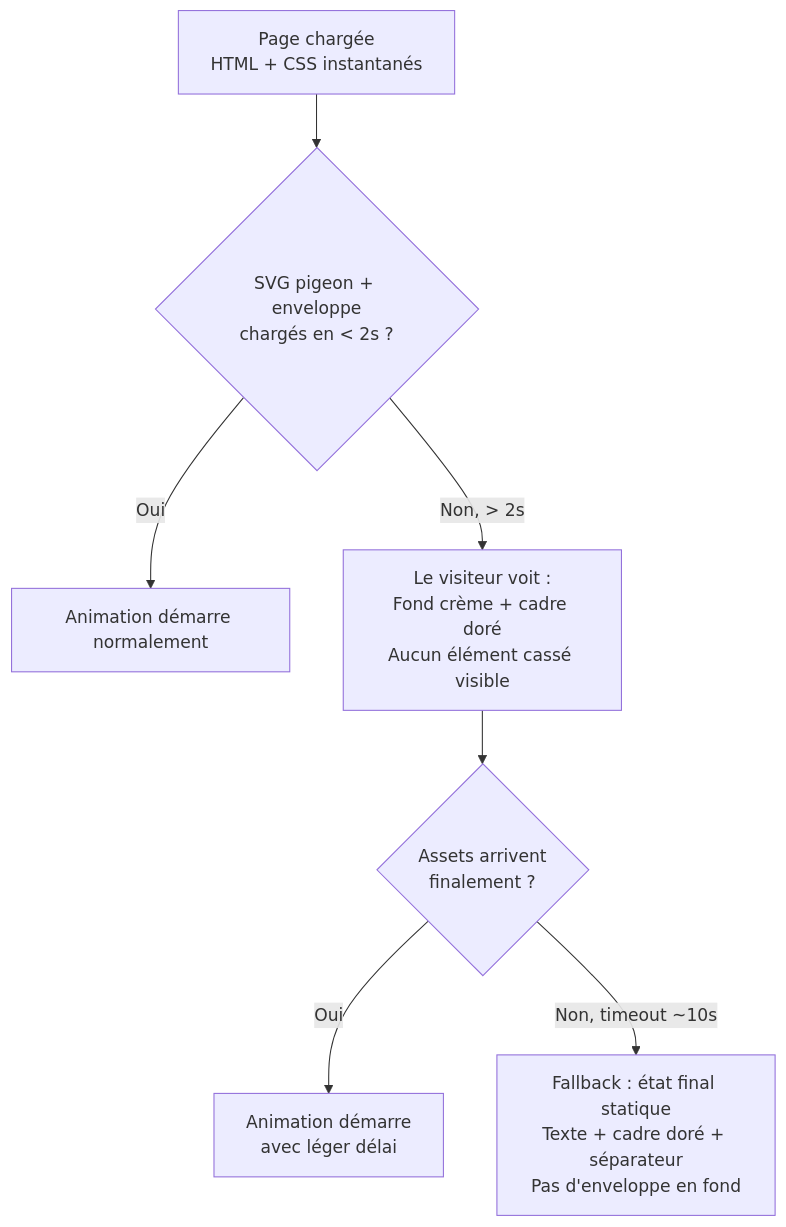
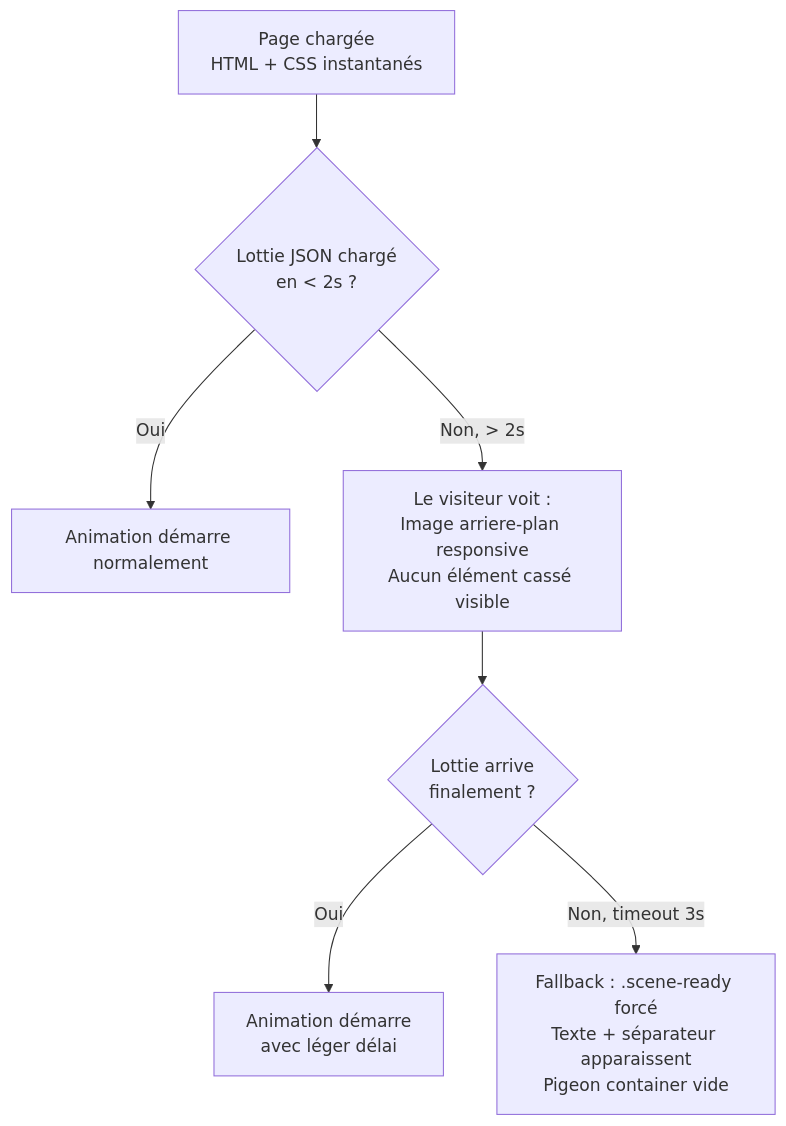
Before and after one commit to azamiAhmed/wedding: the third of 4 diagrams in _bmad-output/planning-artifacts/ux-design-save-the-date.md, drawn with Mermaid. The commit also changed other lines of this file and 15 other files, not shown here.

````diff
--- a/_bmad-output/planning-artifacts/ux-design-save-the-date.md
+++ b/_bmad-output/planning-artifacts/ux-design-save-the-date.md
@@ -711,9 +729,9 @@
 ```mermaid
 flowchart TD
-    A[Page chargée<br>HTML + CSS instantanés] --> B{SVG pigeon + enveloppe<br>chargés en < 2s ?}
+    A[Page chargée<br>HTML + CSS instantanés] --> B{Lottie JSON chargé<br>en < 2s ?}
     B -->|Oui| C[Animation démarre normalement]
-    B -->|Non, > 2s| D[Le visiteur voit :<br>Fond crème + cadre doré<br>Aucun élément cassé visible]
-    D --> E{Assets arrivent<br>finalement ?}
+    B -->|Non, > 2s| D[Le visiteur voit :<br>Image arriere-plan responsive<br>Aucun élément cassé visible]
+    D --> E{Lottie arrive<br>finalement ?}
     E -->|Oui| F[Animation démarre<br>avec léger délai]
-    E -->|Non, timeout ~10s| G[Fallback : état final statique<br>Texte + cadre doré + séparateur<br>Pas d'enveloppe en fond]
+    E -->|Non, timeout 3s| G[Fallback : .scene-ready forcé<br>Texte + séparateur apparaissent<br>Pigeon container vide]
 ```
````
